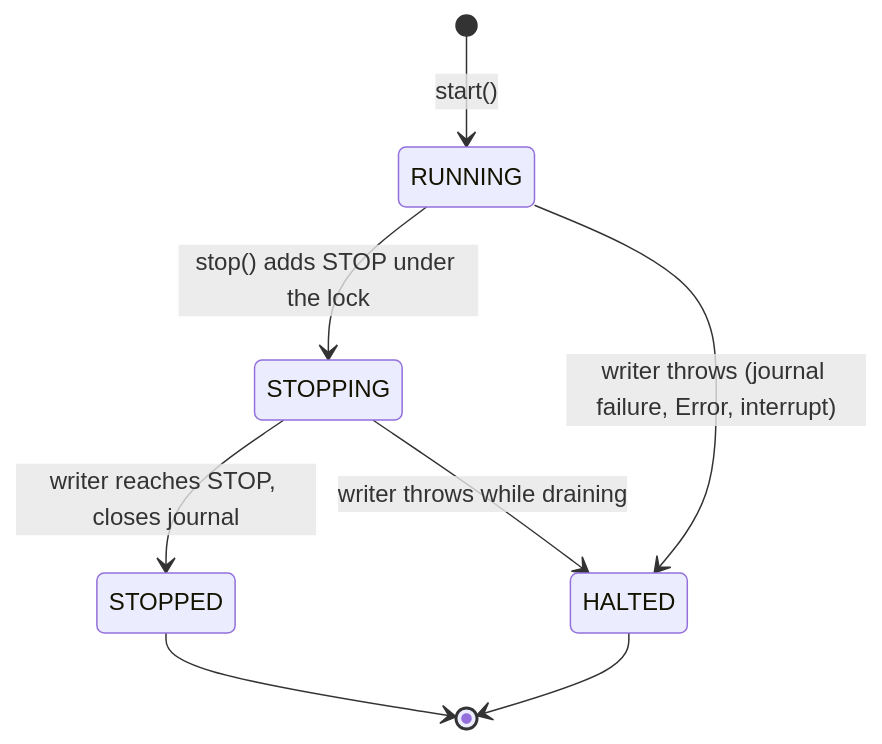
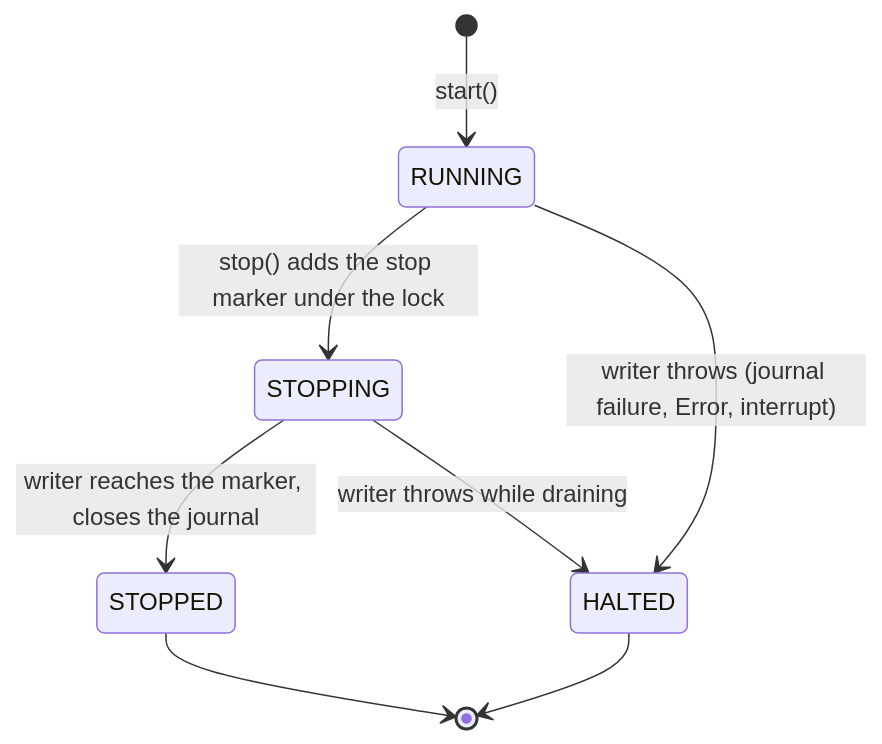
One commit to SampannaNampalli/ExchangeSystem changed the third of 3 diagrams in docs/understanding/05b-core-flows-lifecycle.md. Above: the diagram before and after it, drawn with Mermaid. The commit also changed other lines of this file and 30 other files, not shown here.

````diff
--- a/docs/understanding/05b-core-flows-lifecycle.md
+++ b/docs/understanding/05b-core-flows-lifecycle.md
@@ -411,10 +274,10 @@
 ```mermaid
 stateDiagram-v2
     [*] --> RUNNING: start()
-    RUNNING --> STOPPING: stop() adds STOP under the lock
-    STOPPING --> STOPPED: writer reaches STOP, closes journal
+    RUNNING --> STOPPING: stop() adds the stop marker under the lock
+    STOPPING --> STOPPED: writer reaches the marker, closes the journal
     RUNNING --> HALTED: writer throws (journal failure, Error, interrupt)
     STOPPING --> HALTED: writer throws while draining
     STOPPED --> [*]
     HALTED --> [*]
 ```
````
